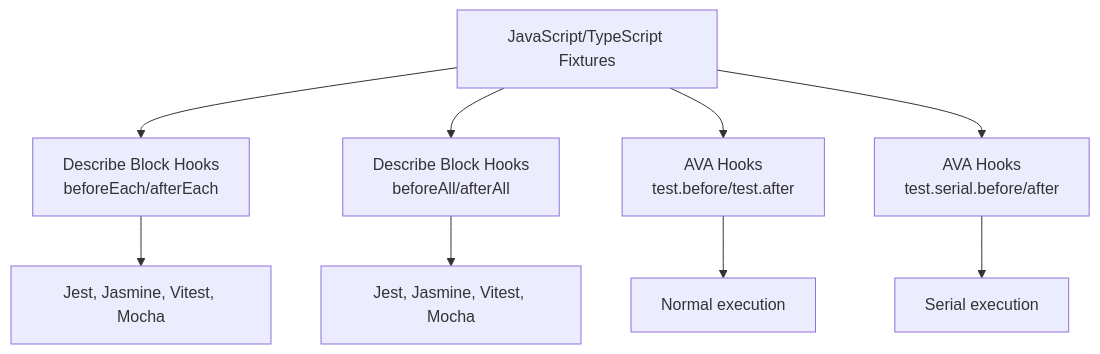
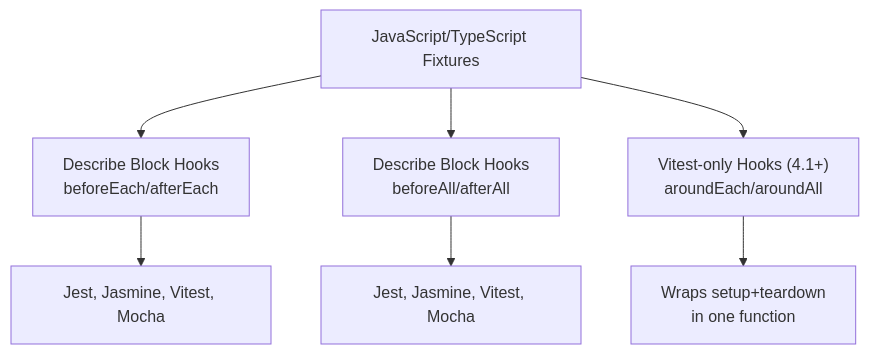
One commit to joaofix/fixturedb changed the third of 3 diagrams in docs/usage/fixture-patterns-reference.md. Above: the diagram before and after it, drawn with Mermaid. The commit also changed other lines of this file and 12 other files, not shown here.

````diff
--- a/docs/usage/fixture-patterns-reference.md
+++ b/docs/usage/fixture-patterns-reference.md
@@ -479,12 +493,10 @@
 ```mermaid
 graph TD
     A["JavaScript/TypeScript Fixtures"]
     A --> B["Describe Block Hooks<br/>beforeEach/afterEach"]
     B --> B1["Jest, Jasmine, Vitest, Mocha"]
     A --> B2["Describe Block Hooks<br/>beforeAll/afterAll"]
     B2 --> B2a["Jest, Jasmine, Vitest, Mocha"]
-    A --> C["AVA Hooks<br/>test.before/test.after"]
-    C --> C1["Normal execution"]
-    A --> C2["AVA Hooks<br/>test.serial.before/after"]
-    C2 --> C2a["Serial execution"]
+    A --> C["Vitest-only Hooks (4.1+)<br/>aroundEach/aroundAll"]
+    C --> C1["Wraps setup+teardown<br/>in one function"]
 ```
````
